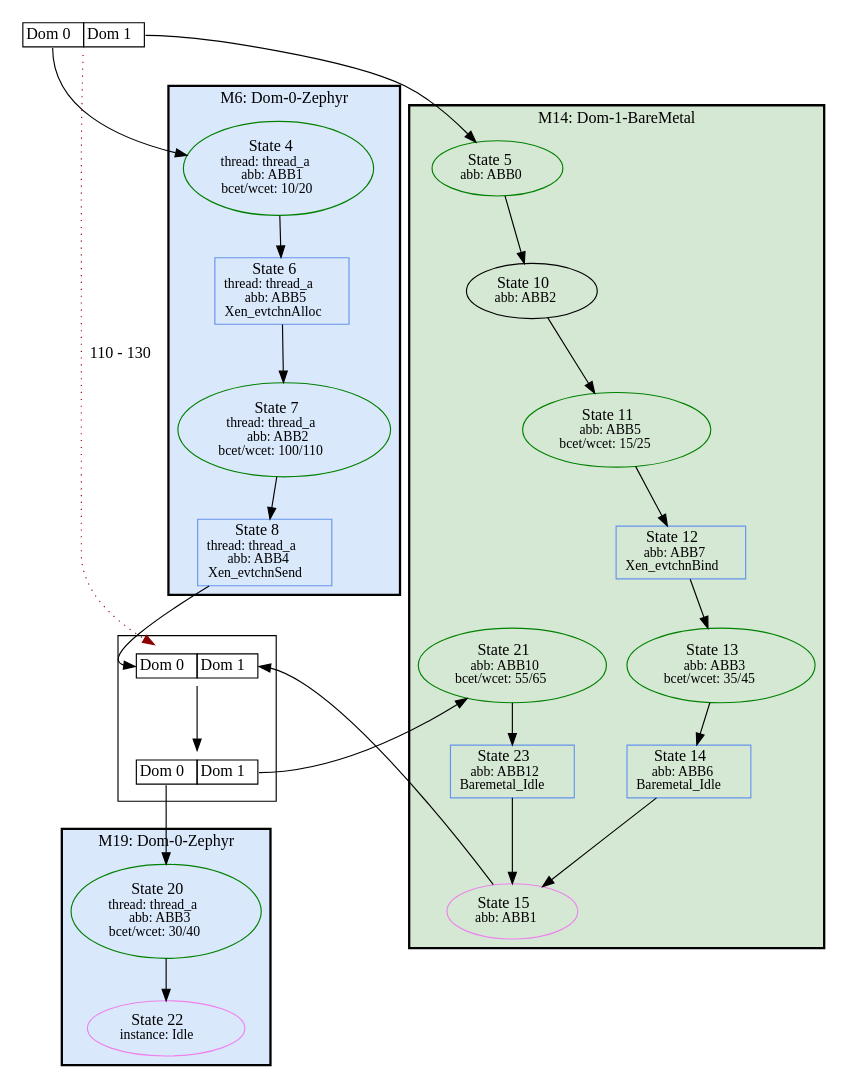
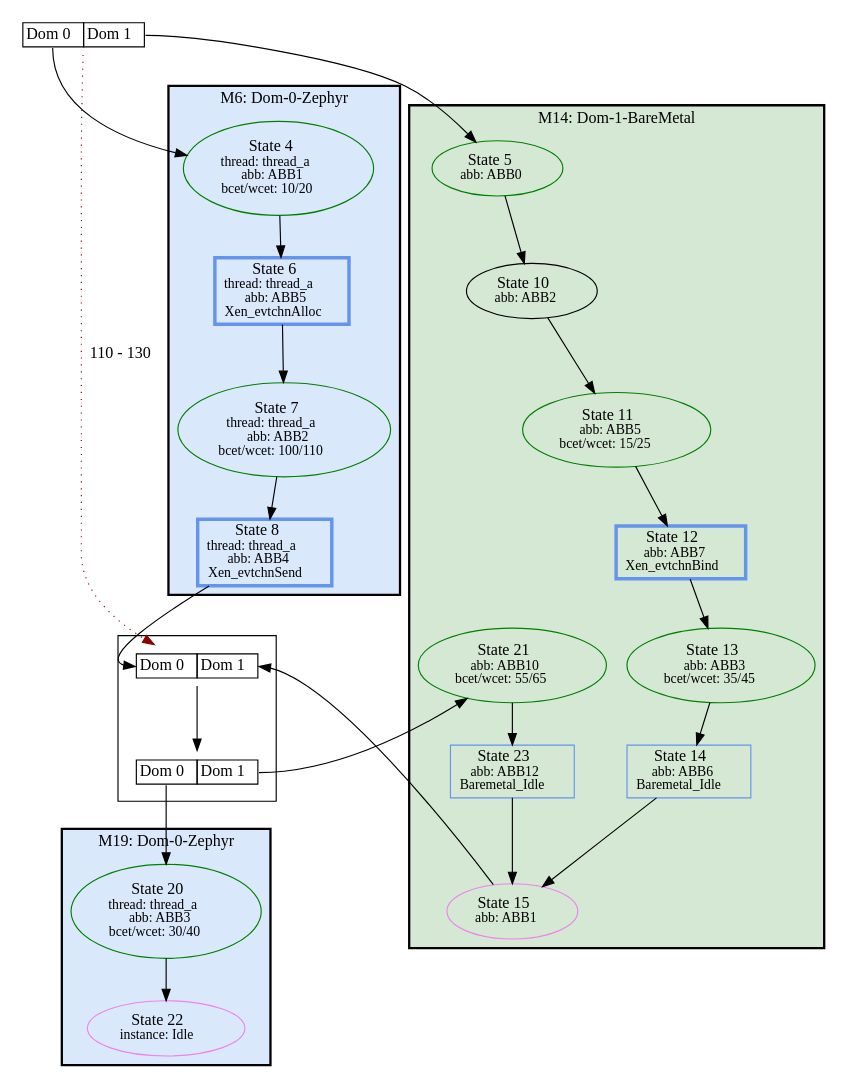
One commit to luhsra/ara changed the diagram in appl/Xen/hc-z-b1/HyperSSE.hc-z-b1.hstg.dot. Above: the diagram before and after it, drawn with Graphviz. The commit also changed 69 other files, not shown here.

Commit message:
Testsuite: migrate comparison graphs to new pydot version + different printer syntax (bold rect for hypercalls)

```diff
--- a/appl/Xen/hc-z-b1/HyperSSE.hc-z-b1.hstg.dot
+++ b/appl/Xen/hc-z-b1/HyperSSE.hc-z-b1.hstg.dot
@@ -1,63 +1,59 @@
 digraph G {
 label="";
 1 [label=<<TABLE BORDER="0" CELLBORDER="1" CELLSPACING="0"><TR><TD PORT="c0">Dom 0</TD><TD PORT="c1">Dom 1</TD></TR></TABLE>>, shape=plaintext, tooltip=1];
 subgraph cluster_6 {
+label="M6: Dom-0-Zephyr";
 bgcolor="#DAE8FC";
-label="M6: Dom-0-Zephyr";
 style=bold;
-2 [color=green, fontsize=14, label=<State 4<br/><font point-size='12'>thread: thread_a<br/>abb: ABB1<br/>bcet/wcet: 10/20</font>>, style=solid, tooltip=2];
-3 [color=cornflowerblue, fontsize=14, label=<State 6<br/><font point-size='12'>thread: thread_a<br/>abb: ABB5<br/>Xen_evtchnAlloc</font>>, shape=box, tooltip=3];
-4 [color=green, fontsize=14, label=<State 7<br/><font point-size='12'>thread: thread_a<br/>abb: ABB2<br/>bcet/wcet: 100/110</font>>, style=solid, tooltip=4];
-5 [color=cornflowerblue, fontsize=14, label=<State 8<br/><font point-size='12'>thread: thread_a<br/>abb: ABB4<br/>Xen_evtchnSend</font>>, shape=box, tooltip=5];
+2 [fontsize=14, label=<State 4<br/><font point-size='12'>thread: thread_a<br/>abb: ABB1<br/>bcet/wcet: 10/20</font>>, tooltip=2, style=solid, color=green];
+3 [fontsize=14, label=<State 6<br/><font point-size='12'>thread: thread_a<br/>abb: ABB5<br/>Xen_evtchnAlloc</font>>, tooltip=3, color=cornflowerblue, shape=box, penwidth=3];
+4 [fontsize=14, label=<State 7<br/><font point-size='12'>thread: thread_a<br/>abb: ABB2<br/>bcet/wcet: 100/110</font>>, tooltip=4, style=solid, color=green];
+5 [fontsize=14, label=<State 8<br/><font point-size='12'>thread: thread_a<br/>abb: ABB4<br/>Xen_evtchnSend</font>>, tooltip=5, color=cornflowerblue, shape=box, penwidth=3];
 }
-
 subgraph cluster_14 {
+label="M14: Dom-1-BareMetal";
 bgcolor="#D5E8D4";
-label="M14: Dom-1-BareMetal";
 style=bold;
-7 [color=green, fontsize=14, label=<State 5<br/><font point-size='12'>abb: ABB0</font>>, style=solid, tooltip=7];
+7 [fontsize=14, label=<State 5<br/><font point-size='12'>abb: ABB0</font>>, tooltip=7, style=solid, color=green];
 8 [fontsize=14, label=<State 10<br/><font point-size='12'>abb: ABB2</font>>, tooltip=8];
-9 [color=green, fontsize=14, label=<State 11<br/><font point-size='12'>abb: ABB5<br/>bcet/wcet: 15/25</font>>, style=solid, tooltip=9];
-10 [color=cornflowerblue, fontsize=14, label=<State 12<br/><font point-size='12'>abb: ABB7<br/>Xen_evtchnBind</font>>, shape=box, tooltip=10];
-11 [color=green, fontsize=14, label=<State 13<br/><font point-size='12'>abb: ABB3<br/>bcet/wcet: 35/45</font>>, style=solid, tooltip=11];
-12 [color=cornflowerblue, fontsize=14, label=<State 14<br/><font point-size='12'>abb: ABB6<br/>Baremetal_Idle</font>>, shape=box, tooltip=12];
-13 [color=violet, fontsize=14, label=<State 15<br/><font point-size='12'>abb: ABB1</font>>, style=solid, tooltip=13];
-20 [color=green, fontsize=14, label=<State 21<br/><font point-size='12'>abb: ABB10<br/>bcet/wcet: 55/65</font>>, style=solid, tooltip=20];
-21 [color=cornflowerblue, fontsize=14, label=<State 23<br/><font point-size='12'>abb: ABB12<br/>Baremetal_Idle</font>>, shape=box, tooltip=21];
+9 [fontsize=14, label=<State 11<br/><font point-size='12'>abb: ABB5<br/>bcet/wcet: 15/25</font>>, tooltip=9, style=solid, color=green];
+10 [fontsize=14, label=<State 12<br/><font point-size='12'>abb: ABB7<br/>Xen_evtchnBind</font>>, tooltip=10, color=cornflowerblue, shape=box, penwidth=3];
+11 [fontsize=14, label=<State 13<br/><font point-size='12'>abb: ABB3<br/>bcet/wcet: 35/45</font>>, tooltip=11, style=solid, color=green];
+12 [fontsize=14, label=<State 14<br/><font point-size='12'>abb: ABB6<br/>Baremetal_Idle</font>>, tooltip=12, color=cornflowerblue, shape=box];
+13 [fontsize=14, label=<State 15<br/><font point-size='12'>abb: ABB1</font>>, tooltip=13, style=solid, color=violet];
+20 [fontsize=14, label=<State 21<br/><font point-size='12'>abb: ABB10<br/>bcet/wcet: 55/65</font>>, tooltip=20, style=solid, color=green];
+21 [fontsize=14, label=<State 23<br/><font point-size='12'>abb: ABB12<br/>Baremetal_Idle</font>>, tooltip=21, color=cornflowerblue, shape=box];
 }
-
 subgraph cluster_19 {
+label="M19: Dom-0-Zephyr";
 bgcolor="#DAE8FC";
-label="M19: Dom-0-Zephyr";
 style=bold;
-17 [color=green, fontsize=14, label=<State 20<br/><font point-size='12'>thread: thread_a<br/>abb: ABB3<br/>bcet/wcet: 30/40</font>>, style=solid, tooltip=17];
-18 [color=violet, fontsize=14, label=<State 22<br/><font point-size='12'>instance: Idle</font>>, style=solid, tooltip=18];
+17 [fontsize=14, label=<State 20<br/><font point-size='12'>thread: thread_a<br/>abb: ABB3<br/>bcet/wcet: 30/40</font>>, tooltip=17, style=solid, color=green];
+18 [fontsize=14, label=<State 22<br/><font point-size='12'>instance: Idle</font>>, tooltip=18, style=solid, color=violet];
 }
-
 subgraph cluster_Metasync15 {
 label="";
 15 [label=<<TABLE BORDER="0" CELLBORDER="1" CELLSPACING="0"><TR><TD PORT="c0">Dom 0</TD><TD PORT="c1">Dom 1</TD></TR></TABLE>>, shape=plaintext, tooltip=15];
 16 [label=<<TABLE BORDER="0" CELLBORDER="1" CELLSPACING="0"><TR><TD PORT="c0">Dom 0</TD><TD PORT="c1">Dom 1</TD></TR></TABLE>>, shape=plaintext, tooltip=16];
 }
-
-1:c0 -> 2  [color=black];
-1:c1 -> 7  [color=black];
-1 -> 15  [color=darkred, label="110 - 130", style=dotted];
-2 -> 3  [color=black];
-3 -> 4  [color=black];
-4 -> 5  [color=black];
-5 -> 15:c0  [color=black];
-7 -> 8  [color=black];
-8 -> 9  [color=black];
-9 -> 10  [color=black];
-10 -> 11  [color=black];
-11 -> 12  [color=black];
-12 -> 13  [color=black];
-13 -> 15:c1  [color=black];
-15 -> 16  [color=black];
-16:c0 -> 17  [color=black];
-16:c1 -> 20  [color=black];
-17 -> 18  [color=black];
-20 -> 21  [color=black];
-21 -> 13  [color=black];
+1:c0 -> 2 [color=black];
+1:c1 -> 7 [color=black];
+1 -> 15 [color=darkred, style=dotted, label="110 - 130"];
+2 -> 3 [color=black];
+3 -> 4 [color=black];
+4 -> 5 [color=black];
+5 -> 15:c0 [color=black];
+7 -> 8 [color=black];
+8 -> 9 [color=black];
+9 -> 10 [color=black];
+10 -> 11 [color=black];
+11 -> 12 [color=black];
+12 -> 13 [color=black];
+13 -> 15:c1 [color=black];
+15 -> 16 [color=black];
+16:c0 -> 17 [color=black];
+16:c1 -> 20 [color=black];
+17 -> 18 [color=black];
+20 -> 21 [color=black];
+21 -> 13 [color=black];
 }
```
